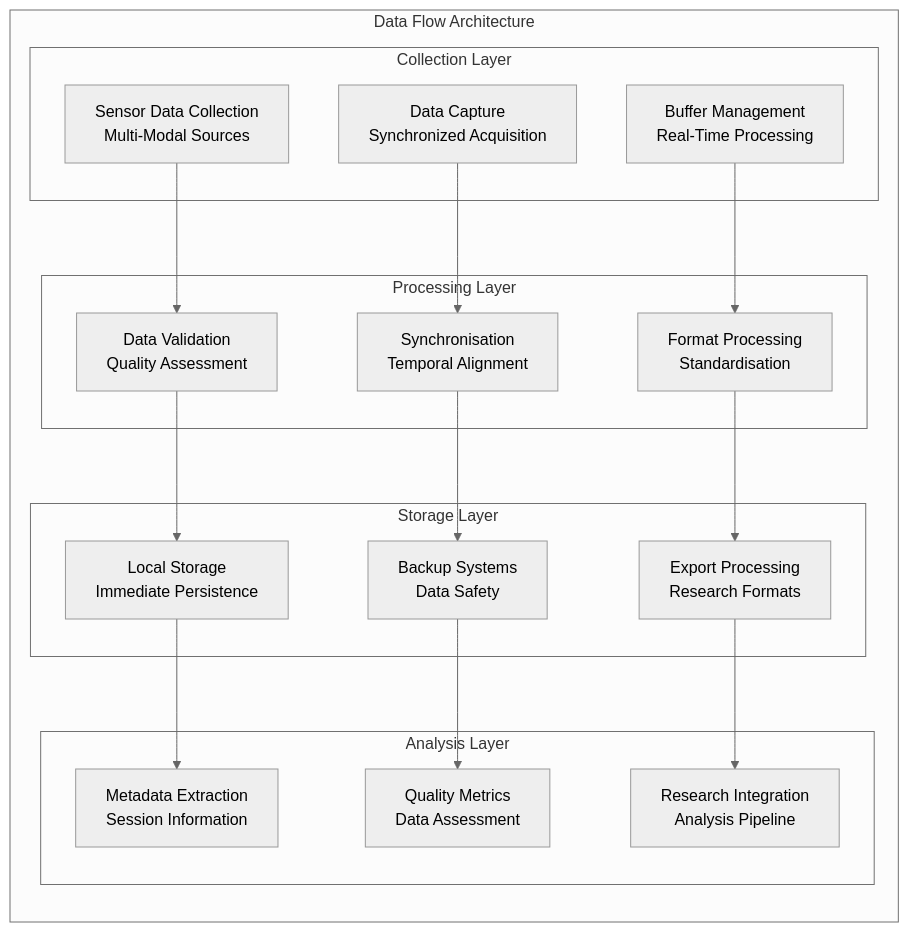
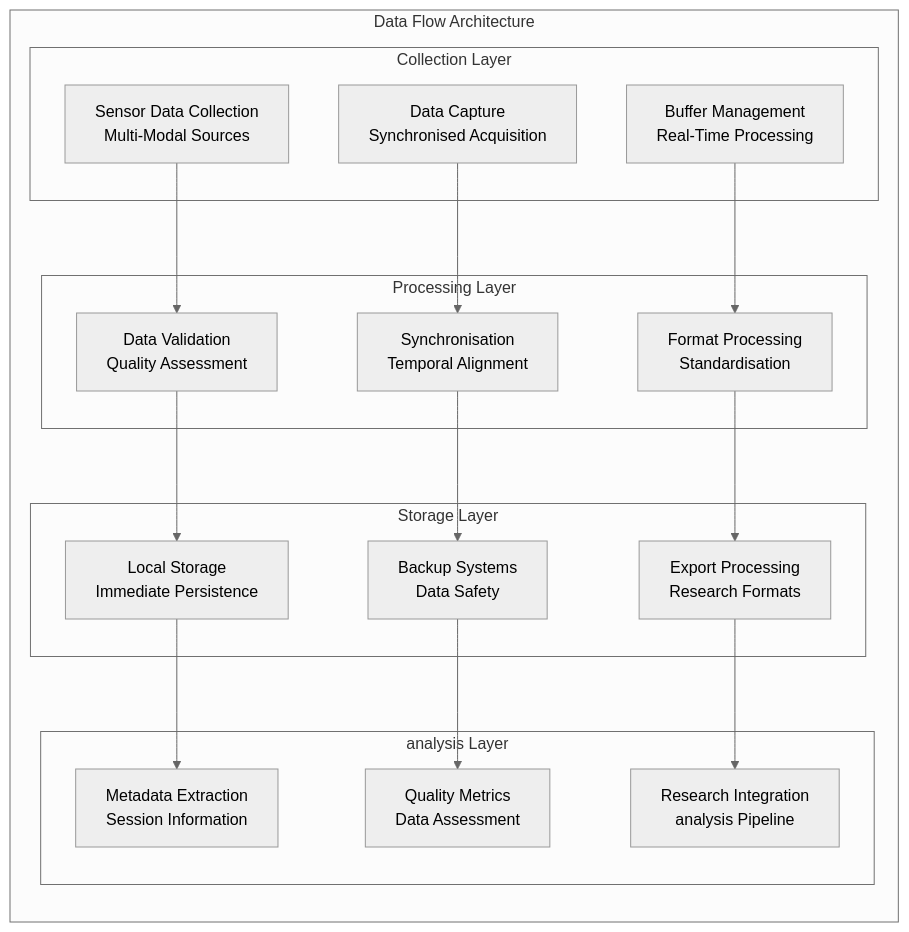
Before and after one commit to buccancs/fyp-multi-sensor-recording-system: the eighth of 8 diagrams in architecture.md, drawn with Mermaid (neutral theme). The commit also changed other lines of this file and 58 other files, not shown here.

````diff
--- a/architecture.md
+++ b/architecture.md
@@ -633,40 +633,40 @@
 ```mermaid
 graph LR
     subgraph "Data Flow Architecture"
         subgraph "Collection Layer"
             SENSORS[Sensor Data Collection<br/>Multi-Modal Sources]
-            CAPTURE[Data Capture<br/>Synchronized Acquisition]
+            CAPTURE[Data Capture<br/>Synchronised Acquisition]
             BUFFER[Buffer Management<br/>Real-Time Processing]
         end
         
         subgraph "Processing Layer"
             VALIDATE[Data Validation<br/>Quality Assessment]
             SYNC[Synchronisation<br/>Temporal Alignment]
             FORMAT[Format Processing<br/>Standardisation]
         end
         
         subgraph "Storage Layer"
             LOCAL[Local Storage<br/>Immediate Persistence]
             BACKUP[Backup Systems<br/>Data Safety]
             EXPORT[Export Processing<br/>Research Formats]
         end
         
-        subgraph "Analysis Layer"
+        subgraph "analysis Layer"
             METADATA[Metadata Extraction<br/>Session Information]
             QUALITY[Quality Metrics<br/>Data Assessment]
-            RESEARCH[Research Integration<br/>Analysis Pipeline]
+            RESEARCH[Research Integration<br/>analysis Pipeline]
         end
     end
     
     SENSORS --> VALIDATE
     CAPTURE --> SYNC
     BUFFER --> FORMAT
     
     VALIDATE --> LOCAL
     SYNC --> BACKUP
     FORMAT --> EXPORT
     
     LOCAL --> METADATA
     BACKUP --> QUALITY
     EXPORT --> RESEARCH
 ```
````
